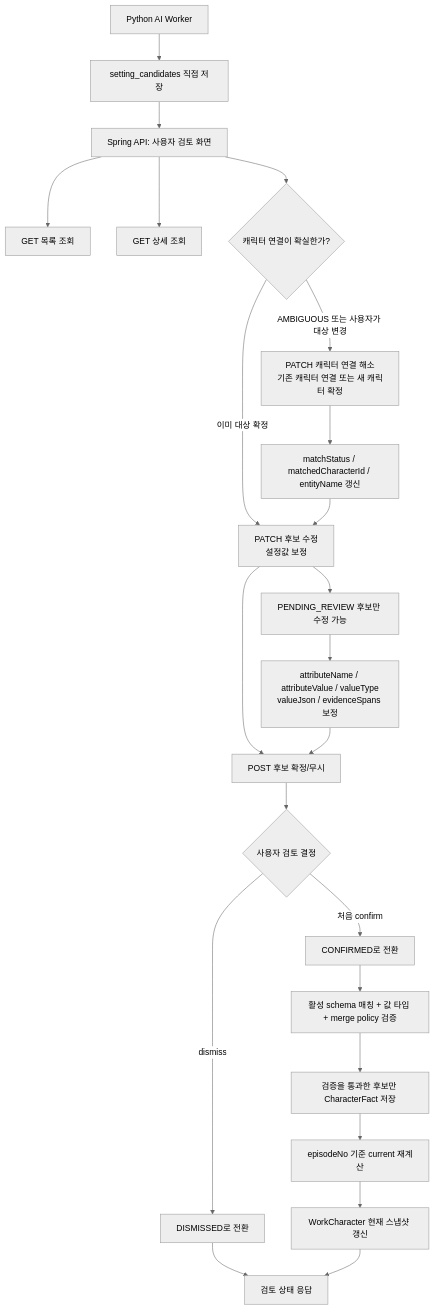
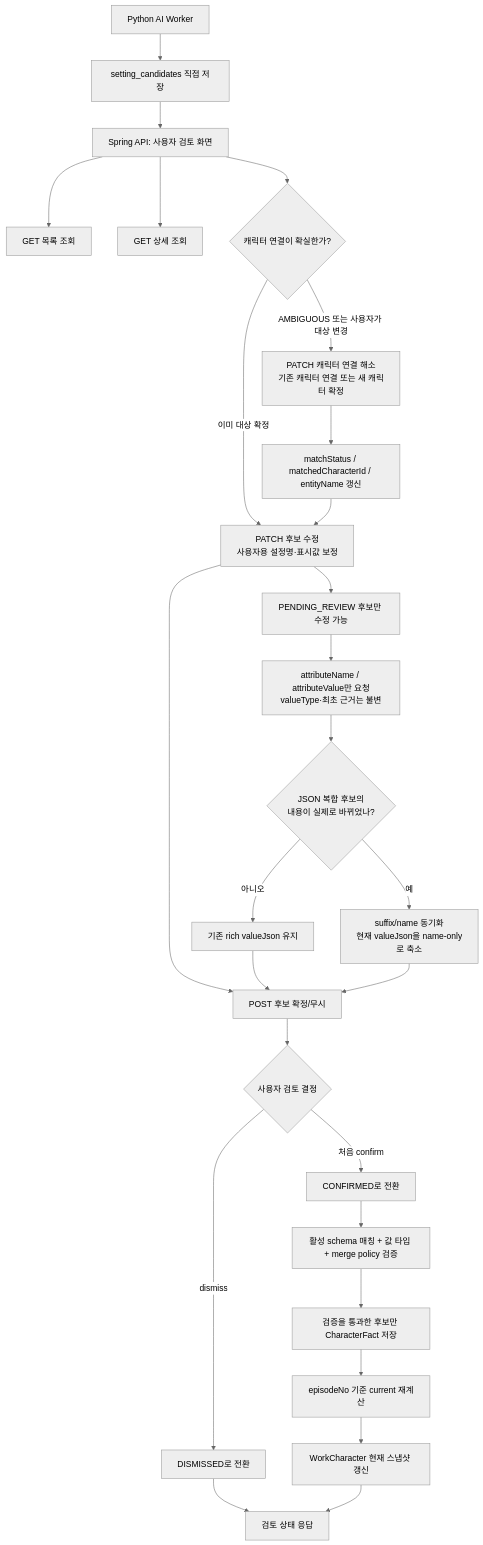
Before and after one commit to catchhole-soma/catchhole-backend-java: the second of 8 diagrams in docs/character.md, drawn with Mermaid (neutral theme). The commit also changed other lines of this file and 1 other file, not shown here.

````diff
--- a/docs/character.md
+++ b/docs/character.md
@@ -629,27 +646,31 @@
 ```mermaid
 flowchart TD
     A["Python AI Worker"] --> B["setting_candidates 직접 저장"]
     B --> C["Spring API: 사용자 검토 화면"]
 
     C --> D["GET 목록 조회"]
     C --> E["GET 상세 조회"]
     C --> M{"캐릭터 연결이 확실한가?"}
     M -->|"AMBIGUOUS 또는 사용자가 대상 변경"| N["PATCH 캐릭터 연결 해소<br/>기존 캐릭터 연결 또는 새 캐릭터 확정"]
-    M -->|"이미 대상 확정"| F["PATCH 후보 수정<br/>설정값 보정"]
+    M -->|"이미 대상 확정"| F["PATCH 후보 수정<br/>사용자용 설정명·표시값 보정"]
     N --> O["matchStatus / matchedCharacterId / entityName 갱신"]
     O --> F
     F --> G["POST 후보 확정/무시"]
 
     F --> H["PENDING_REVIEW 후보만 수정 가능"]
-    H --> P["attributeName / attributeValue / valueType<br/>valueJson / evidenceSpans 보정"]
-    P --> G
+    H --> P["attributeName / attributeValue만 요청<br/>valueType·최초 근거는 불변"]
+    P --> Q{"JSON 복합 후보의<br/>내용이 실제로 바뀌었나?"}
+    Q -->|"아니오"| Q1["기존 rich valueJson 유지"]
+    Q -->|"예"| Q2["suffix/name 동기화<br/>현재 valueJson을 name-only로 축소"]
+    Q1 --> G
+    Q2 --> G
     G --> I{"사용자 검토 결정"}
     I -->|"처음 confirm"| I1["CONFIRMED로 전환"]
     I -->|"dismiss"| I2["DISMISSED로 전환"]
     I1 --> V["활성 schema 매칭 + 값 타입 + merge policy 검증"]
     V --> J["검증을 통과한 후보만 CharacterFact 저장"]
     J --> K["episodeNo 기준 current 재계산"]
     K --> L["WorkCharacter 현재 스냅샷 갱신"]
     I2 --> R["검토 상태 응답"]
     L --> R
 ```
````
